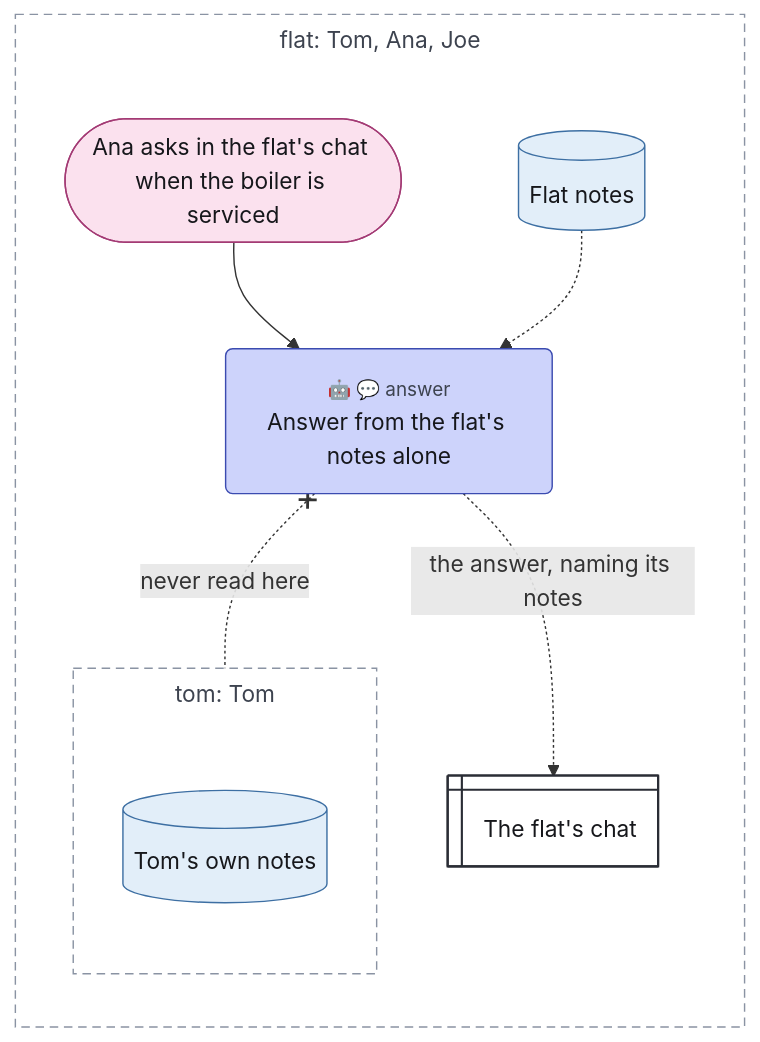
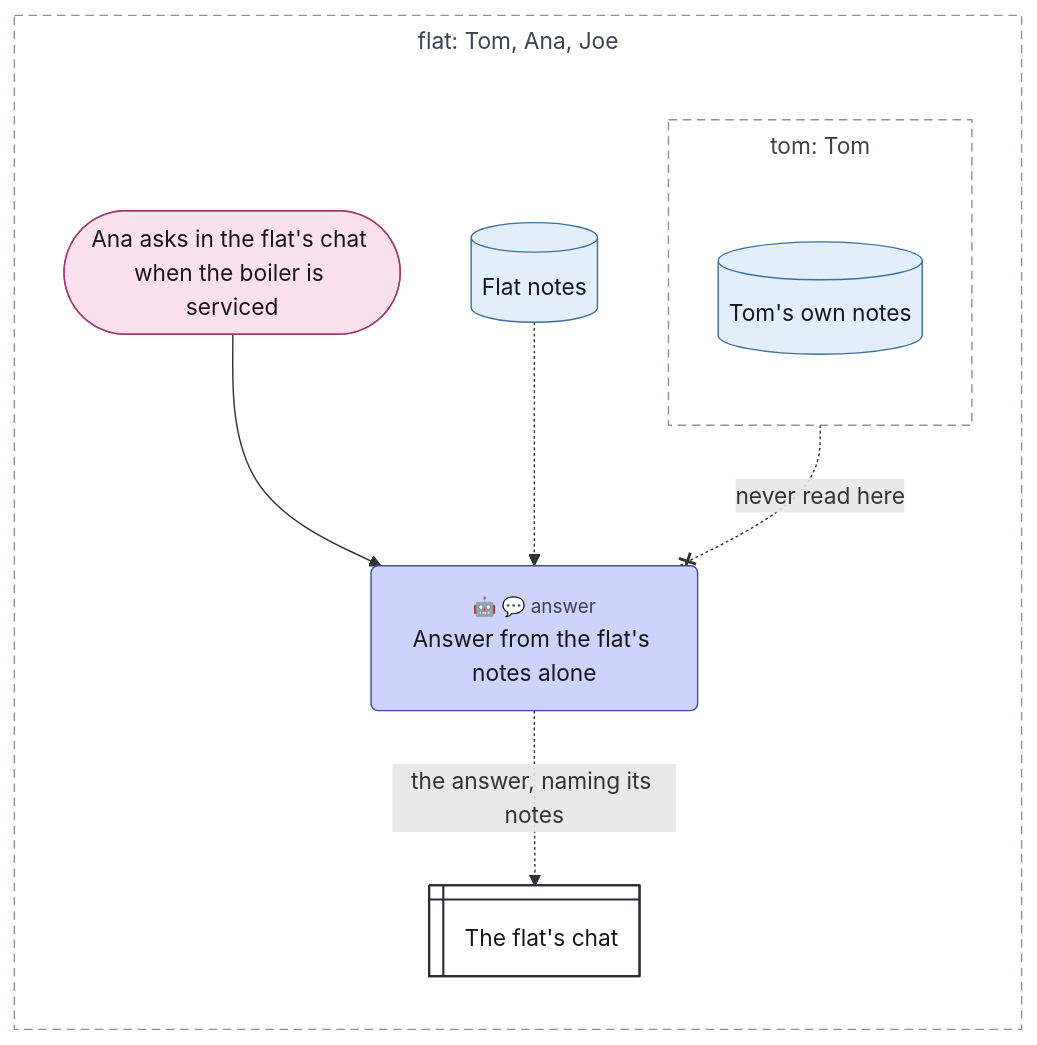
The diagram in examples/tour/03-refused-read.mmd (chrismdp/awml), drawn with Mermaid before and after one commit. The commit also changed 49 other files, not shown here.

```diff
--- a/examples/tour/03-refused-read.mmd
+++ b/examples/tour/03-refused-read.mmd
@@ -1,44 +1,43 @@
 ---
 config:
   theme: default
   fontFamily: Inter, sans-serif
   flowchart:
     useMaxWidth: false
     subGraphTitleMargin:
       top: 6
       bottom: 30
 ---
 flowchart TB
   subgraph flat["flat#58; Tom#44; Ana#44; Joe"]
     direction TB
     ask(["Ana asks in the flat#39;s chat when the boiler is serviced"])
     flat_notes[("Flat notes")]
     answer("<small style='color:rgb(61,67,79)'>🤖 💬 answer</small><br>Answer from the flat#39;s notes alone")
     chat@{ shape: win-pane, label: "The flat#39;s chat" }
     subgraph tom["tom#58; Tom"]
       direction TB
       tom_notes[("Tom#39;s own notes")]
     end
   end
 
   ask --> answer
   flat_notes -.-> answer
-  answer x-.-x|"never read here"| tom_notes
+  tom_notes -.-x|"never read here"| answer
   answer -.->|"the answer#44; naming its notes"| chat
   classDef trig fill:#fbe1ee,stroke:#a33a74,color:#16171b
   classDef ctx fill:#e2eef9,stroke:#3d6fa3,color:#16171b
   classDef con fill:#eceef2,stroke:#5d6472,color:#16171b
   classDef surf fill:#ffffff,stroke:#2a2d35,stroke-width:1.5px,color:#16171b
   classDef out fill:#fde4dc,stroke:#b5532f,color:#16171b
   classDef ai fill:#cdd3fb,stroke:#3b4bb0,color:#16171b
   classDef code fill:#c4e3d1,stroke:#2b7a4f,color:#16171b
   classDef person fill:#f7d79a,stroke:#9a6100,color:#16171b
   classDef uml fill:#16171b,stroke:#16171b,color:#16171b
   classDef gap fill:#ffffff,stroke:#8a93a3,stroke-dasharray:4 3,color:#6b7280
   class ask trig
   class flat_notes,tom_notes ctx
   class chat surf
   class answer ai
   style flat fill:transparent,stroke:#8a93a3,stroke-dasharray:6 4,color:#3d434f
   style tom fill:transparent,stroke:#8a93a3,stroke-dasharray:6 4,color:#3d434f
-  linkStyle 2 marker-end:none
```
